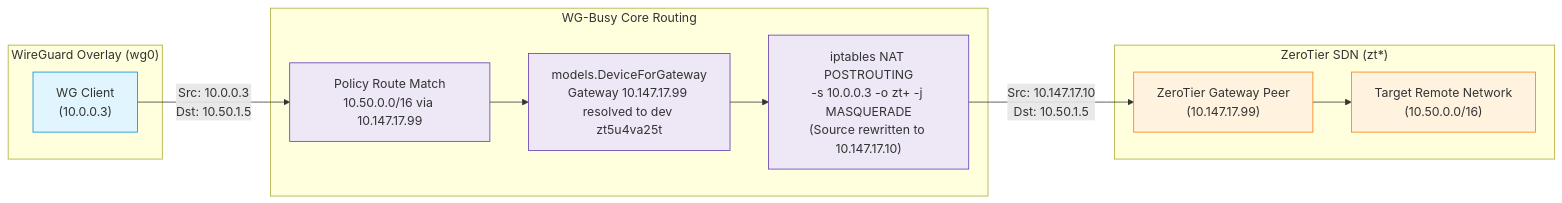
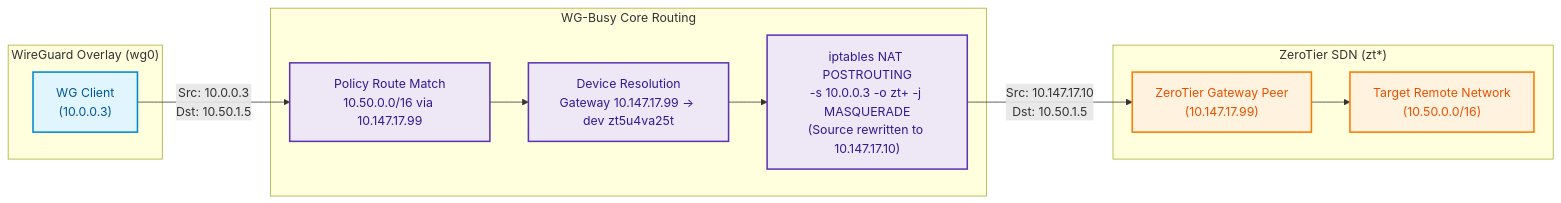
Before and after one commit to yix/wg-busy: the sixth of 8 diagrams in ROUTING_SHOWCASE.md, drawn with Mermaid. The commit also changed other lines of this file, not shown here.

Commit message:
fix broken diagrams

````diff
--- a/ROUTING_SHOWCASE.md
+++ b/ROUTING_SHOWCASE.md
@@ -324,30 +315,27 @@
 ```mermaid
 flowchart LR
-    subgraph WGNetwork["WireGuard Overlay (wg0)"]
-        WGP["WG Client<br/>(10.0.0.3)"]
+    classDef wg fill:#e1f5fe,stroke:#0288d1,stroke-width:2px,color:#01579b
+    classDef core fill:#ede7f6,stroke:#5e35b1,stroke-width:2px,color:#311b92
+    classDef zt fill:#fff3e0,stroke:#f57c00,stroke-width:2px,color:#e65100
+
+    subgraph WGNetwork ["WireGuard Overlay (wg0)"]
+        WGP["WG Client<br/>(10.0.0.3)"]:::wg
     end
 
-    subgraph WGBusy["WG-Busy Core Routing"]
-        P_ROUTE["Policy Route Match<br/>10.50.0.0/16 via 10.147.17.99"]
-        DEV_RES["models.DeviceForGateway<br/>Gateway 10.147.17.99 resolved to dev zt5u4va25t"]
-        NAT["iptables NAT POSTROUTING<br/>-s 10.0.0.3 -o zt+ -j MASQUERADE<br/>(Source rewritten to 10.147.17.10)"]
+    subgraph WGBusy ["WG-Busy Core Routing"]
+        P_ROUTE["Policy Route Match<br/>10.50.0.0/16 via 10.147.17.99"]:::core
+        DEV_RES["Device Resolution<br/>Gateway 10.147.17.99 -> dev zt5u4va25t"]:::core
+        NAT["iptables NAT POSTROUTING<br/>-s 10.0.0.3 -o zt+ -j MASQUERADE<br/>(Source rewritten to 10.147.17.10)"]:::core
     end
 
-    subgraph ZTNetwork["ZeroTier SDN (zt*)"]
-        ZTG["ZeroTier Gateway Peer<br/>(10.147.17.99)"]
-        ZTTarget["Target Remote Network<br/>(10.50.0.0/16)"]
+    subgraph ZTNetwork ["ZeroTier SDN (zt*)"]
+        ZTG["ZeroTier Gateway Peer<br/>(10.147.17.99)"]:::zt
+        ZTTarget["Target Remote Network<br/>(10.50.0.0/16)"]:::zt
     end
 
     WGP -->|"Src: 10.0.0.3<br/>Dst: 10.50.1.5"| P_ROUTE
     P_ROUTE --> DEV_RES
     DEV_RES --> NAT
     NAT -->|"Src: 10.147.17.10<br/>Dst: 10.50.1.5"| ZTG
     ZTG --> ZTTarget
-
-    classDef wg fill:#e1f5fe,stroke:#0288d1;
-    classDef core fill:#ede7f6,stroke:#5e35b1;
-    classDef zt fill:#fff3e0,stroke:#f57c00;
-    class WGP wg;
-    class P_ROUTE,DEV_RES,NAT core;
-    class ZTG,ZTTarget zt;
 ```
````
